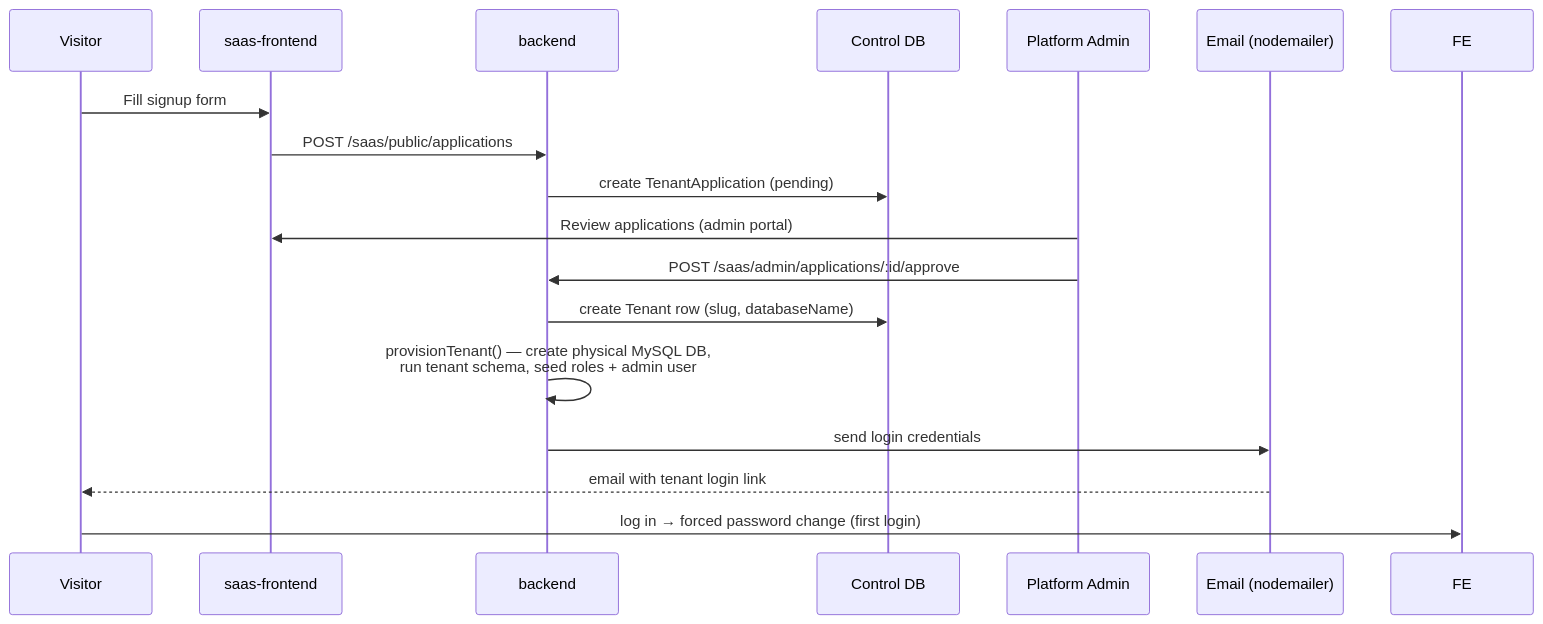
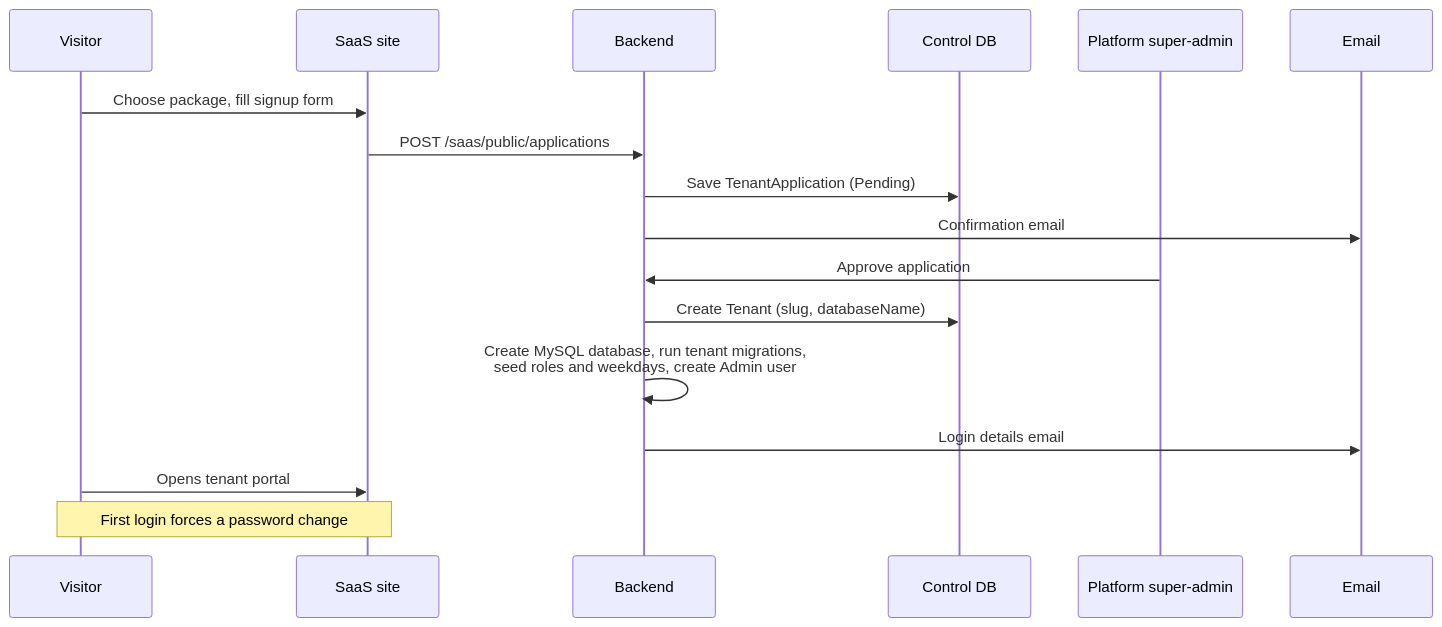
The second of 10 diagrams in docs/SYSTEM_WORKFLOW.md (PrantaRoy/hrm_plus), drawn with Mermaid before and after one commit. The commit also changed other lines of this file and 15 other files, not shown here.

````diff
--- a/docs/SYSTEM_WORKFLOW.md
+++ b/docs/SYSTEM_WORKFLOW.md
@@ -49,20 +124,20 @@
 ```mermaid
 sequenceDiagram
-    participant Visitor
-    participant SF as saas-frontend
-    participant BE as backend
-    participant CTRL as Control DB
-    participant Admin as Platform Admin
-    participant Mail as Email (nodemailer)
+    participant V as Visitor
+    participant SF as SaaS site
+    participant BE as Backend
+    participant C as Control DB
+    participant A as Platform super-admin
+    participant M as Email
 
-    Visitor->>SF: Fill signup form
+    V->>SF: Choose package, fill signup form
     SF->>BE: POST /saas/public/applications
-    BE->>CTRL: create TenantApplication (pending)
-    Admin->>SF: Review applications (admin portal)
-    Admin->>BE: POST /saas/admin/applications/:id/approve
-    BE->>CTRL: create Tenant row (slug, databaseName)
-    BE->>BE: provisionTenant() — create physical MySQL DB,<br/>run tenant schema, seed roles + admin user
-    BE->>Mail: send login credentials
-    Mail-->>Visitor: email with tenant login link
-    Visitor->>FE: log in → forced password change (first login)
+    BE->>C: Save TenantApplication (Pending)
+    BE->>M: Confirmation email
+    A->>BE: Approve application
+    BE->>C: Create Tenant (slug, databaseName)
+    BE->>BE: Create MySQL database, run tenant migrations,<br/>seed roles and weekdays, create Admin user
+    BE->>M: Login details email
+    V->>SF: Opens tenant portal
+    Note over V,SF: First login forces a password change
 ```
````
